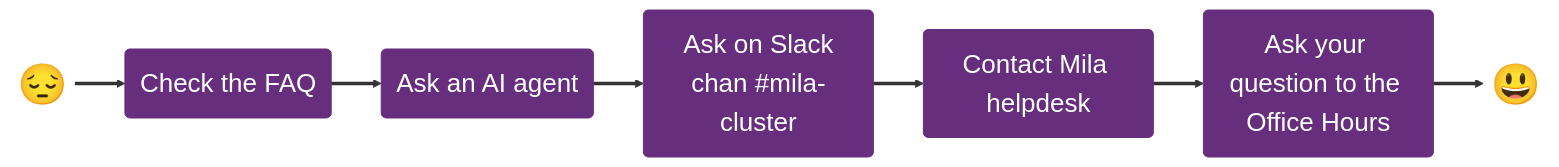
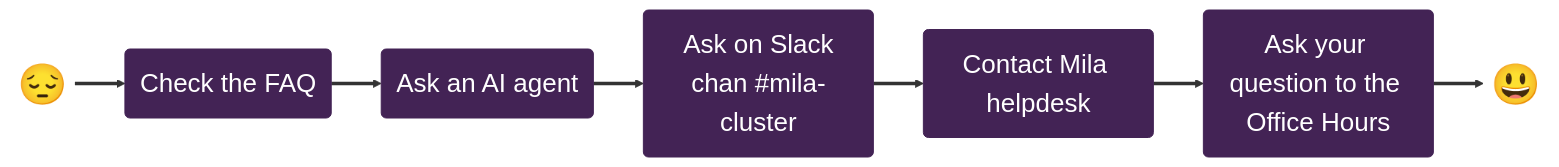
One commit to mila-iqia/mila-docs changed the diagram in docs/help/index.md. Above: the diagram before and after it, drawn with Mermaid. The commit also changed 2 other files, not shown here.

Commit message:
Aubergine color

````diff
--- a/docs/help/index.md
+++ b/docs/help/index.md
@@ -5,30 +5,30 @@
 ``` mermaid
     graph LR
         User(😔):::emoji
         FAQ(<span>Check the FAQ</span>):::bigger
         AI(<span>Ask an AI agent</span>):::bigger
         Slack("`<span>Ask on Slack
         chan #mila-cluster</span>`"):::bigger
         Helpdesk(<span>Contact Mila helpdesk</span>):::bigger
         OfficeHours(<span>Ask your question to the Office Hours</span>):::bigger
         Yay(😃):::emoji
 
         User ==> FAQ
         FAQ ==> AI
         AI ==> Slack
         Slack ==> Helpdesk
         Helpdesk ==> OfficeHours
         OfficeHours ==> Yay
 
 
         User@{ shape: text }
         Yay@{ shape: text }
 
         click FAQ "../help/faq/"
         click Slack "https://mila-umontreal.slack.com/archives/CFAS8455H"
         click Helpdesk "https://mila-iqia.atlassian.net/servicedesk/customer/portal/5"
         click OfficeHours "../help/office_hours/"
 
-        classDef bigger font-size:26px, fill:#662e7d, stroke:#662e7d, color:white
+        classDef bigger font-size:26px, fill:#432355, stroke:#432355, color:white
         classDef emoji font-size:40px, fill:transparent
 ```
````
